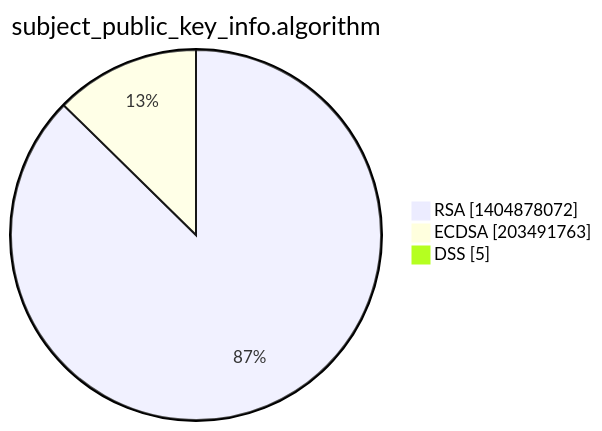
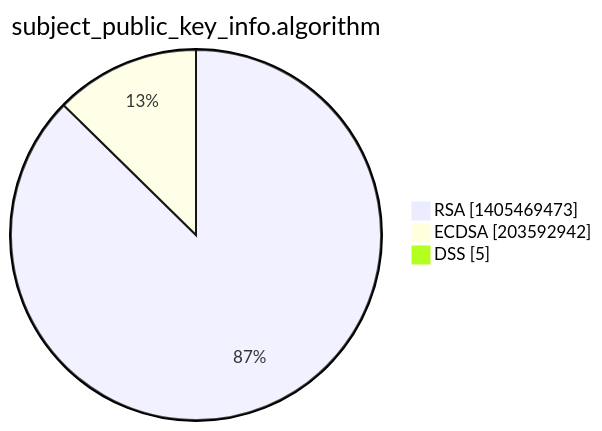
One commit to christiankrug/ctmonitor_visualization changed the third of 15 diagrams in xenon2022/README.md. Above: the diagram before and after it, drawn with Mermaid. The commit also changed other lines of this file, not shown here.

````diff
--- a/xenon2022/README.md
+++ b/xenon2022/README.md
@@ -14,7 +14,7 @@
 ```mermaid
 pie showData
 title subject_public_key_info.algorithm
-"RSA" :1404878072
-"ECDSA" :203491763
+"RSA" :1405469473
+"ECDSA" :203592942
 "DSS" :5
 ```
````
